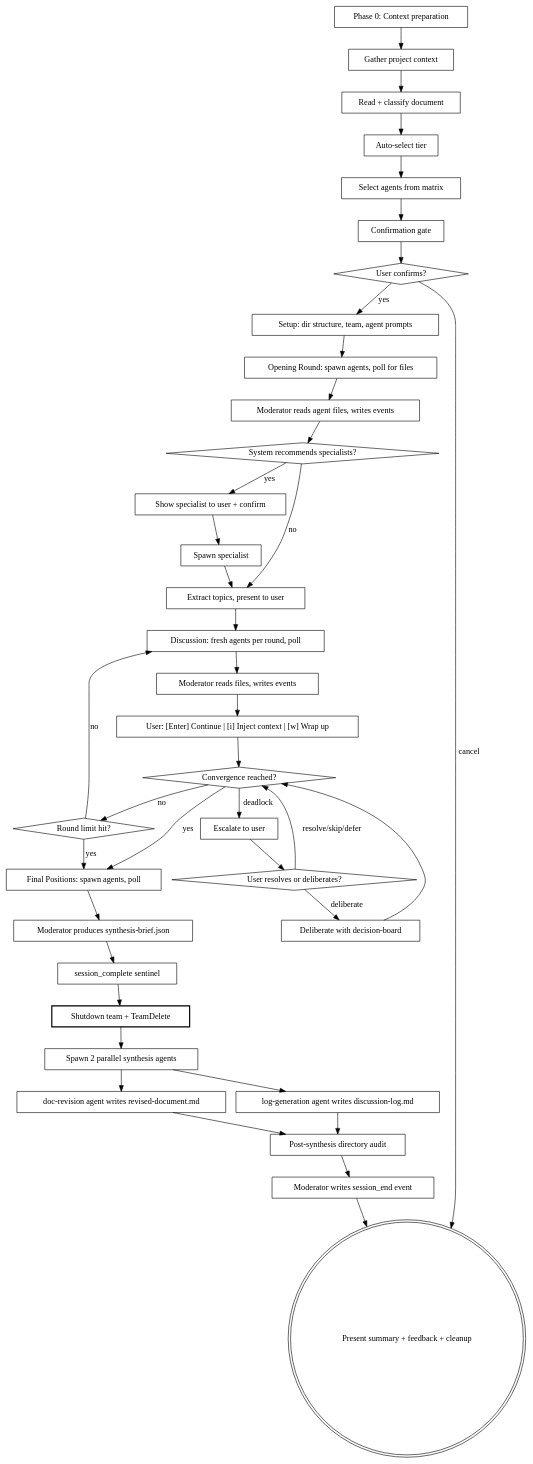
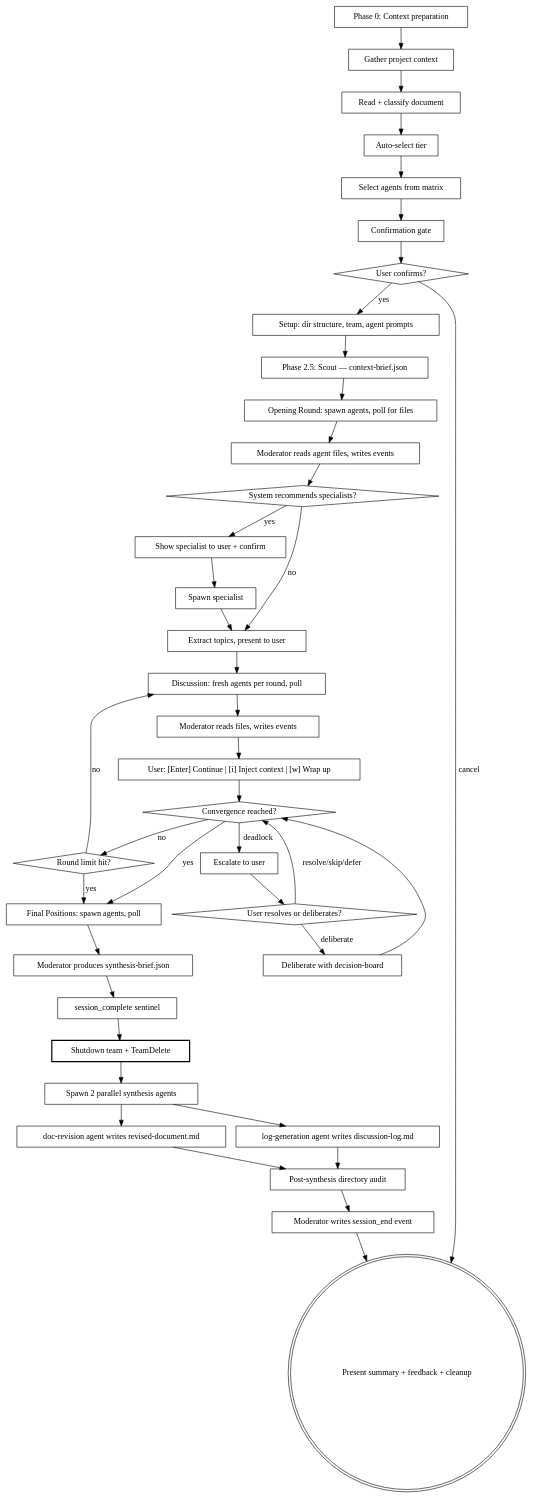
One commit to dnhess/spectra changed the diagram in deep-design/SKILL.md. Above: the diagram before and after it, drawn with Graphviz. The commit also changed other lines of this file and 34 other files, not shown here.

First line of the commit message:
feat: peer-review rename, shared Scout agent, and json-write.sh adoption (#21)

````diff
--- a/deep-design/SKILL.md
+++ b/deep-design/SKILL.md
@@ -57,76 +57,78 @@
 ```dot
 digraph deep_design {
     rankdir=TB;
     "Phase 0: Context preparation" [shape=box];
     "Gather project context" [shape=box];
     "Read + classify document" [shape=box];
     "Auto-select tier" [shape=box];
     "Select agents from matrix" [shape=box];
     "Confirmation gate" [shape=box];
     "User confirms?" [shape=diamond];
     "Setup: dir structure, team, agent prompts" [shape=box];
+    "Phase 2.5: Scout — context-brief.json" [shape=box];
     "Opening Round: spawn agents, poll for files" [shape=box];
     "Moderator reads agent files, writes events" [shape=box];
     "System recommends specialists?" [shape=diamond];
     "Show specialist to user + confirm" [shape=box];
     "Spawn specialist" [shape=box];
     "Extract topics, present to user" [shape=box];
     "Discussion: fresh agents per round, poll" [shape=box];
     "Moderator reads files, writes events" [shape=box];
     "User: [Enter] Continue | [i] Inject context | [w] Wrap up" [shape=box];
     "Convergence reached?" [shape=diamond];
     "Escalate to user" [shape=box];
     "Round limit hit?" [shape=diamond];
     "Final Positions: spawn agents, poll" [shape=box];
     "Moderator produces synthesis-brief.json" [shape=box];
     "session_complete sentinel" [shape=box];
     "Shutdown team + TeamDelete" [shape=box, style=bold];
     "Spawn 2 parallel synthesis agents" [shape=box];
     "doc-revision agent writes revised-document.md" [shape=box];
     "log-generation agent writes discussion-log.md" [shape=box];
     "Post-synthesis directory audit" [shape=box];
     "Moderator writes session_end event" [shape=box];
     "Present summary + feedback + cleanup" [shape=doublecircle];
 
     "Phase 0: Context preparation" -> "Gather project context";
     "Gather project context" -> "Read + classify document";
     "Read + classify document" -> "Auto-select tier";
     "Auto-select tier" -> "Select agents from matrix";
     "Select agents from matrix" -> "Confirmation gate";
     "Confirmation gate" -> "User confirms?";
     "User confirms?" -> "Setup: dir structure, team, agent prompts" [label="yes"];
     "User confirms?" -> "Present summary + feedback + cleanup" [label="cancel"];
-    "Setup: dir structure, team, agent prompts" -> "Opening Round: spawn agents, poll for files";
+    "Setup: dir structure, team, agent prompts" -> "Phase 2.5: Scout — context-brief.json";
+    "Phase 2.5: Scout — context-brief.json" -> "Opening Round: spawn agents, poll for files";
     "Opening Round: spawn agents, poll for files" -> "Moderator reads agent files, writes events";
     "Moderator reads agent files, writes events" -> "System recommends specialists?";
     "System recommends specialists?" -> "Show specialist to user + confirm" [label="yes"];
     "System recommends specialists?" -> "Extract topics, present to user" [label="no"];
     "Show specialist to user + confirm" -> "Spawn specialist";
     "Spawn specialist" -> "Extract topics, present to user";
     "Extract topics, present to user" -> "Discussion: fresh agents per round, poll";
     "Discussion: fresh agents per round, poll" -> "Moderator reads files, writes events";
     "Moderator reads files, writes events" -> "User: [Enter] Continue | [i] Inject context | [w] Wrap up";
     "User: [Enter] Continue | [i] Inject context | [w] Wrap up" -> "Convergence reached?";
     "Convergence reached?" -> "Final Positions: spawn agents, poll" [label="yes"];
     "Convergence reached?" -> "Escalate to user" [label="deadlock"];
     "Convergence reached?" -> "Round limit hit?" [label="no"];
     "Escalate to user" -> "User resolves or deliberates?" [label=""];
     "User resolves or deliberates?" [shape=diamond];
     "User resolves or deliberates?" -> "Convergence reached?" [label="resolve/skip/defer"];
     "User resolves or deliberates?" -> "Deliberate with decision-board" [label="deliberate"];
     "Deliberate with decision-board" [shape=box];
     "Deliberate with decision-board" -> "Convergence reached?";
     "Round limit hit?" -> "Final Positions: spawn agents, poll" [label="yes"];
     "Round limit hit?" -> "Discussion: fresh agents per round, poll" [label="no"];
     "Final Positions: spawn agents, poll" -> "Moderator produces synthesis-brief.json";
     "Moderator produces synthesis-brief.json" -> "session_complete sentinel";
     "session_complete sentinel" -> "Shutdown team + TeamDelete";
     "Shutdown team + TeamDelete" -> "Spawn 2 parallel synthesis agents";
     "Spawn 2 parallel synthesis agents" -> "doc-revision agent writes revised-document.md";
     "Spawn 2 parallel synthesis agents" -> "log-generation agent writes discussion-log.md";
     "doc-revision agent writes revised-document.md" -> "Post-synthesis directory audit";
     "log-generation agent writes discussion-log.md" -> "Post-synthesis directory audit";
     "Post-synthesis directory audit" -> "Moderator writes session_end event";
     "Moderator writes session_end event" -> "Present summary + feedback + cleanup";
 }
 ```
````
